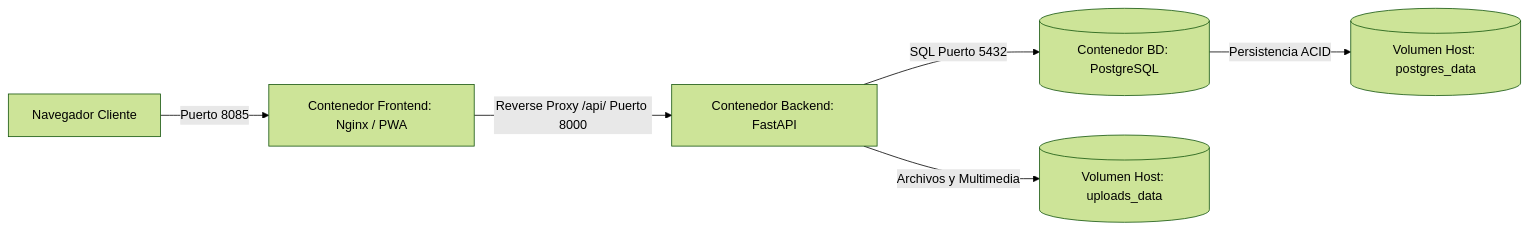
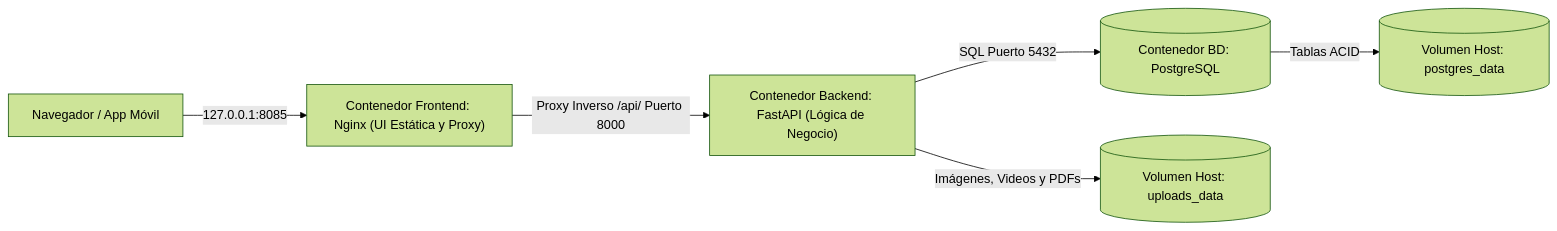
Before and after one commit to Pascal-Thommen/pascal-thommen.github.io: the second of 4 diagrams in content/posts/upa-campus-app-architecture-part-2/index.es.md, drawn with Mermaid (forest theme). The commit also changed other lines of this file and 20 other files, not shown here.

Commit message:
feat(posts): refine UPA Campus App architecture series with holistic webapp mental model and specification depth

````diff
--- a/content/posts/upa-campus-app-architecture-part-2/index.es.md
+++ b/content/posts/upa-campus-app-architecture-part-2/index.es.md
@@ -64,8 +62,8 @@
 ```mermaid
 flowchart LR
-    Browser["Navegador Cliente"] -->|Puerto 8085| Nginx["Contenedor Frontend: Nginx / PWA"]
-    Nginx -->|Reverse Proxy /api/ Puerto 8000| FastAPI["Contenedor Backend: FastAPI"]
+    Browser["Navegador / App Móvil"] -->|127.0.0.1:8085| Nginx["Contenedor Frontend: Nginx (UI Estática y Proxy)"]
+    Nginx -->|Proxy Inverso /api/ Puerto 8000| FastAPI["Contenedor Backend: FastAPI (Lógica de Negocio)"]
     FastAPI -->|SQL Puerto 5432| Postgres[("Contenedor BD: PostgreSQL")]
-    Postgres -->|Persistencia ACID| VolPG[("Volumen Host: postgres_data")]
-    FastAPI -->|Archivos y Multimedia| VolUpload[("Volumen Host: uploads_data")]
+    Postgres -->|Tablas ACID| VolPG[("Volumen Host: postgres_data")]
+    FastAPI -->|Imágenes, Videos y PDFs| VolUpload[("Volumen Host: uploads_data")]
 ```
````
